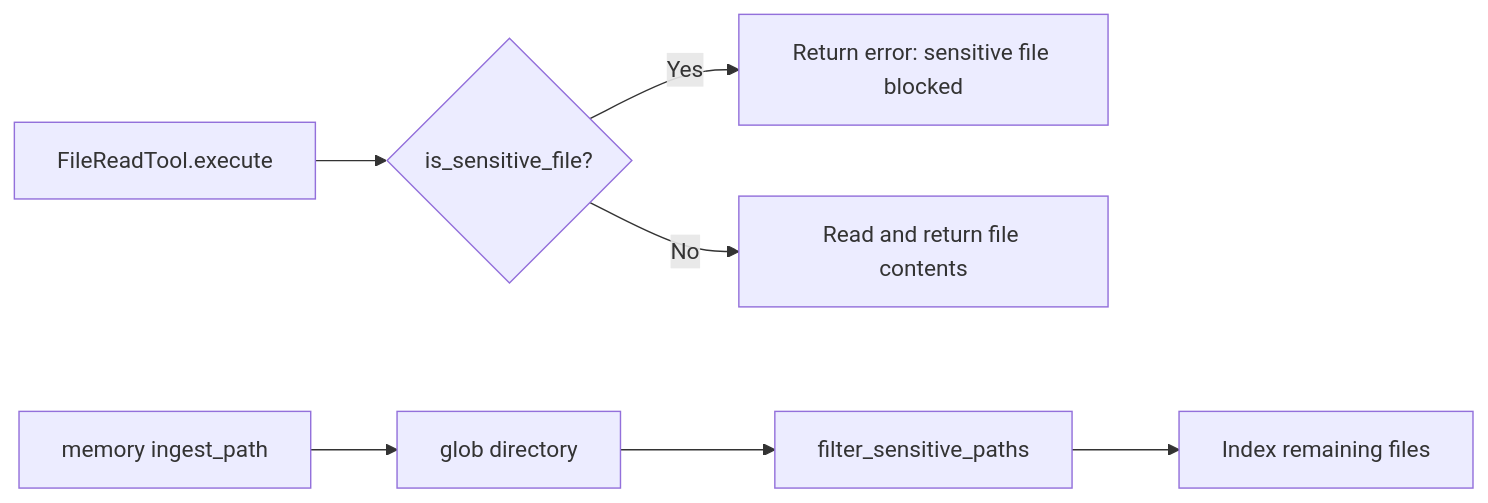
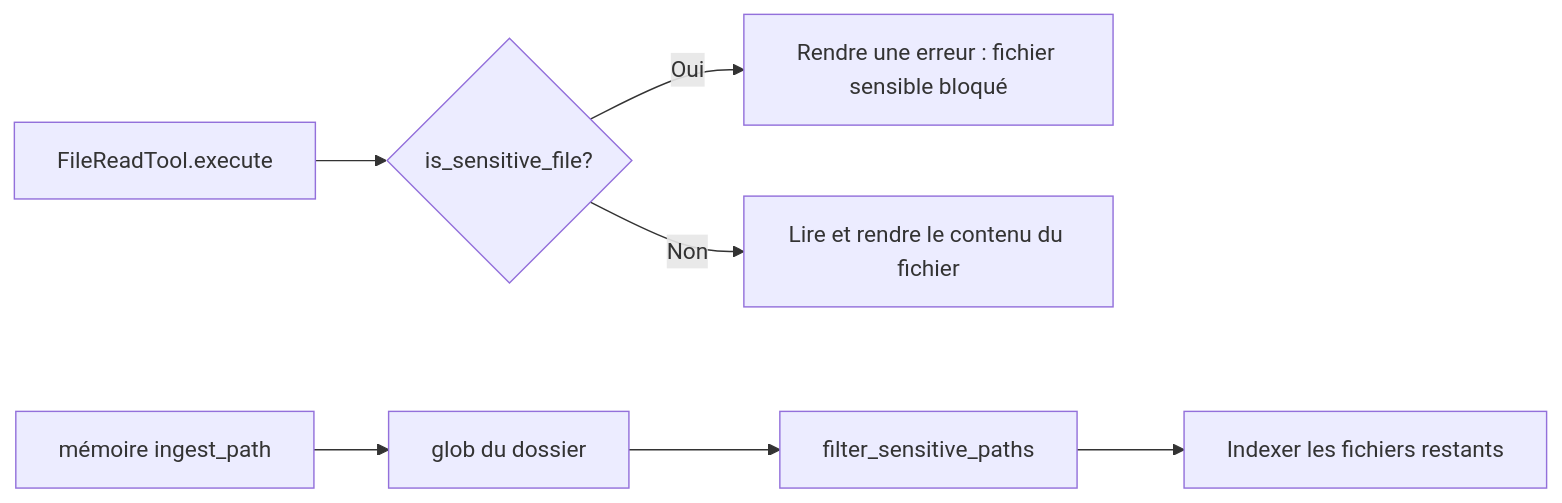
One commit to carlitoetienne01-spec/Diapason changed the sixth of 6 diagrams in docs/architecture/security.md. Above: the diagram before and after it, drawn with Mermaid. The commit also changed other lines of this file and 257 other files, not shown here.

````diff
--- a/docs/architecture/security.md
+++ b/docs/architecture/security.md
@@ -163,10 +163,10 @@
 ```mermaid
 flowchart LR
     A[FileReadTool.execute] --> B{is_sensitive_file?}
-    B -- Yes --> C[Return error: sensitive file blocked]
-    B -- No --> D[Read and return file contents]
+    B -- Oui --> C[Rendre une erreur : fichier sensible bloqué]
+    B -- Non --> D[Lire et rendre le contenu du fichier]
 
-    E[memory ingest_path] --> F[glob directory]
+    E[mémoire ingest_path] --> F[glob du dossier]
     F --> G[filter_sensitive_paths]
-    G --> H[Index remaining files]
+    G --> H[Indexer les fichiers restants]
 ```
````
